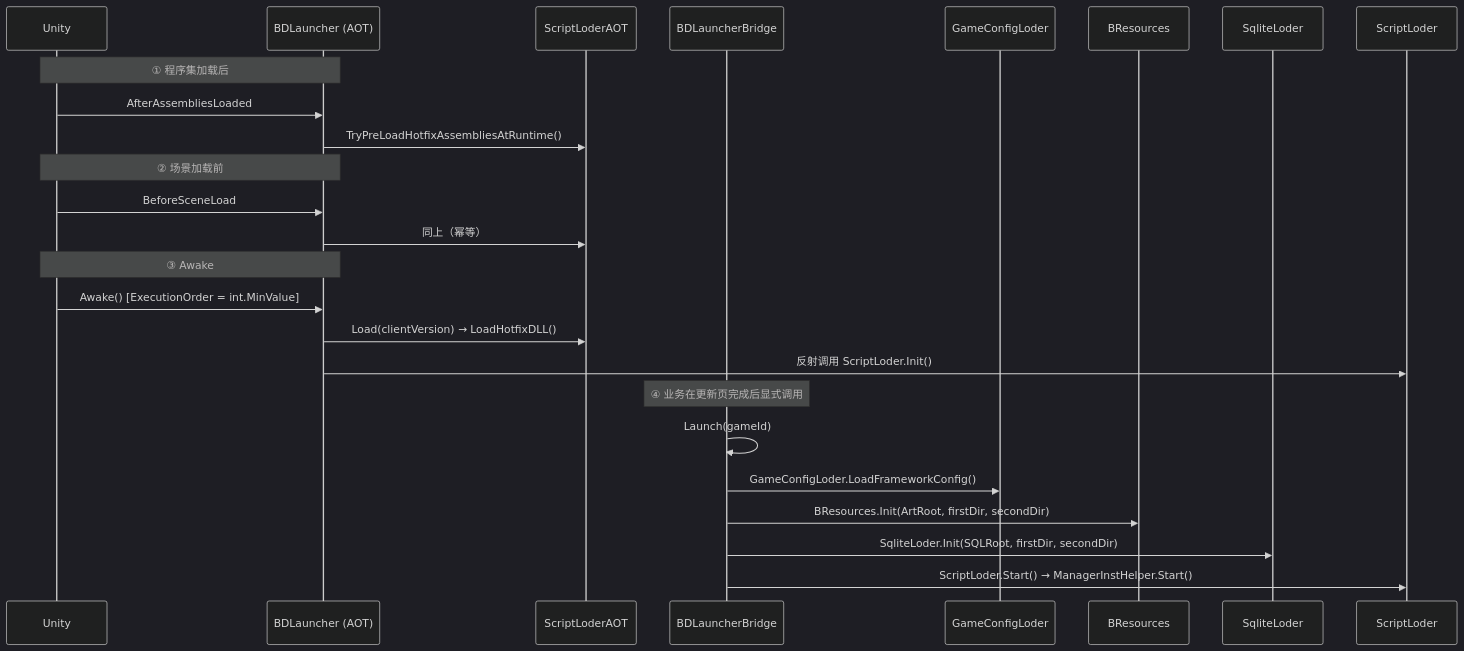
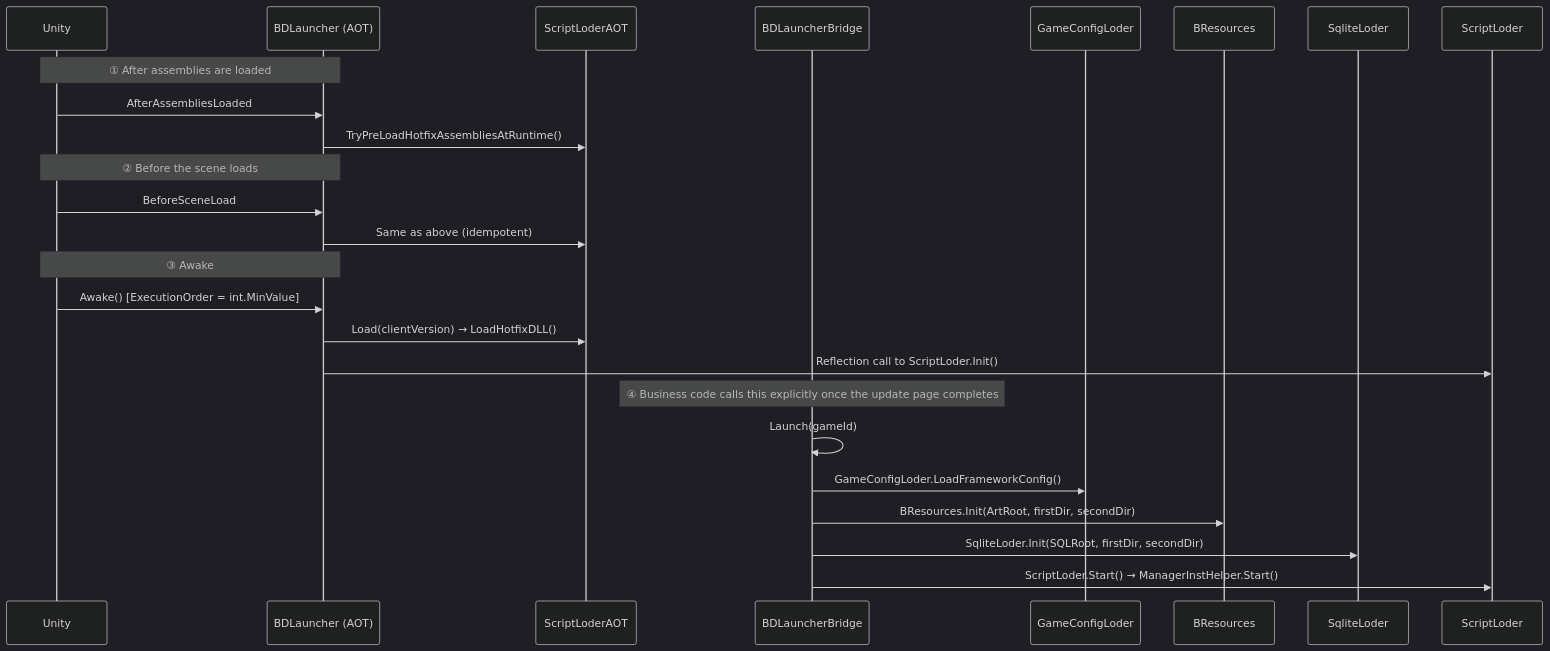
One commit to yimengfan/BDFramework.Core changed the diagram in docs/en/architecture/bootstrap.md. Above: the diagram before and after it, drawn with Mermaid (dark theme). The commit also changed 46 other files, not shown here.

First line of the commit message:
docs(en): 英文站全量翻译 54/54 + Mermaid 标签一致化

````diff
--- a/docs/en/architecture/bootstrap.md
+++ b/docs/en/architecture/bootstrap.md
@@ -5,28 +5,28 @@
 ```mermaid
 sequenceDiagram
     participant U as Unity
     participant AOT as BDLauncher (AOT)
     participant SLA as ScriptLoderAOT
     participant HB as BDLauncherBridge
     participant GCL as GameConfigLoder
     participant RES as BResources
     participant SQL as SqliteLoder
     participant SL as ScriptLoder
 
-    Note over U,AOT: ① 程序集加载后
+    Note over U,AOT: ① After assemblies are loaded
     U->>AOT: AfterAssembliesLoaded
     AOT->>SLA: TryPreLoadHotfixAssembliesAtRuntime()
-    Note over U,AOT: ② 场景加载前
+    Note over U,AOT: ② Before the scene loads
     U->>AOT: BeforeSceneLoad
-    AOT->>SLA: 同上（幂等）
+    AOT->>SLA: Same as above (idempotent)
     Note over U,AOT: ③ Awake
     U->>AOT: Awake()  [ExecutionOrder = int.MinValue]
     AOT->>SLA: Load(clientVersion) → LoadHotfixDLL()
-    AOT->>SL: 反射调用 ScriptLoder.Init()
-    Note over HB: ④ 业务在更新页完成后显式调用
+    AOT->>SL: Reflection call to ScriptLoder.Init()
+    Note over HB: ④ Business code calls this explicitly once the update page completes
     HB->>HB: Launch(gameId)
     HB->>GCL: GameConfigLoder.LoadFrameworkConfig()
     HB->>RES: BResources.Init(ArtRoot, firstDir, secondDir)
     HB->>SQL: SqliteLoder.Init(SQLRoot, firstDir, secondDir)
     HB->>SL: ScriptLoder.Start() → ManagerInstHelper.Start()
 ```
````
